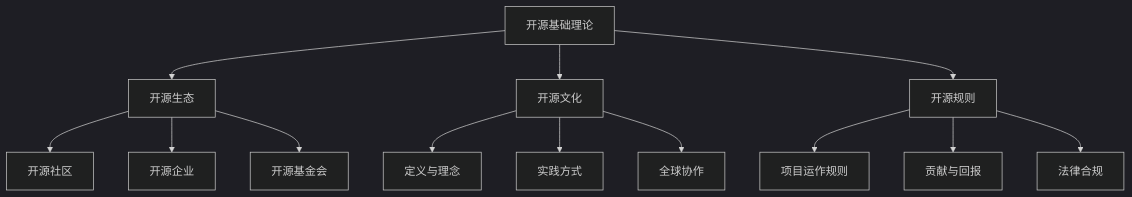
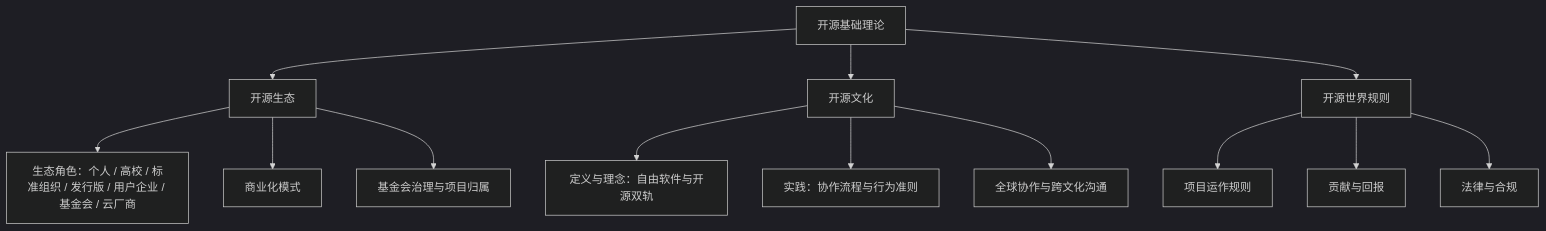
Before and after one commit to hust-open-atom-club/intro2oss: the diagram in docs/ch2/index.md, drawn with Mermaid (dark theme). The commit also changed other lines of this file and 6 other files, not shown here.

````diff
--- a/docs/ch2/index.md
+++ b/docs/ch2/index.md
@@ -12,15 +40,15 @@
 ```mermaid
 graph TD
     A[开源基础理论] --> B[开源生态]
     A --> C[开源文化]
-    A --> D[开源规则]
-    B --> B1[开源社区]
-    B --> B2[开源企业]
-    B --> B3[开源基金会]
-    C --> C1[定义与理念]
-    C --> C2[实践方式]
-    C --> C3[全球协作]
+    A --> D[开源世界规则]
+    B --> B1["生态角色：个人 / 高校 / 标准组织 / 发行版 / 用户企业 / 基金会 / 云厂商"]
+    B --> B2[商业化模式]
+    B --> B3[基金会治理与项目归属]
+    C --> C1["定义与理念：自由软件与开源双轨"]
+    C --> C2["实践：协作流程与行为准则"]
+    C --> C3[全球协作与跨文化沟通]
     D --> D1[项目运作规则]
     D --> D2[贡献与回报]
-    D --> D3[法律合规]
+    D --> D3[法律与合规]
 ```
````
